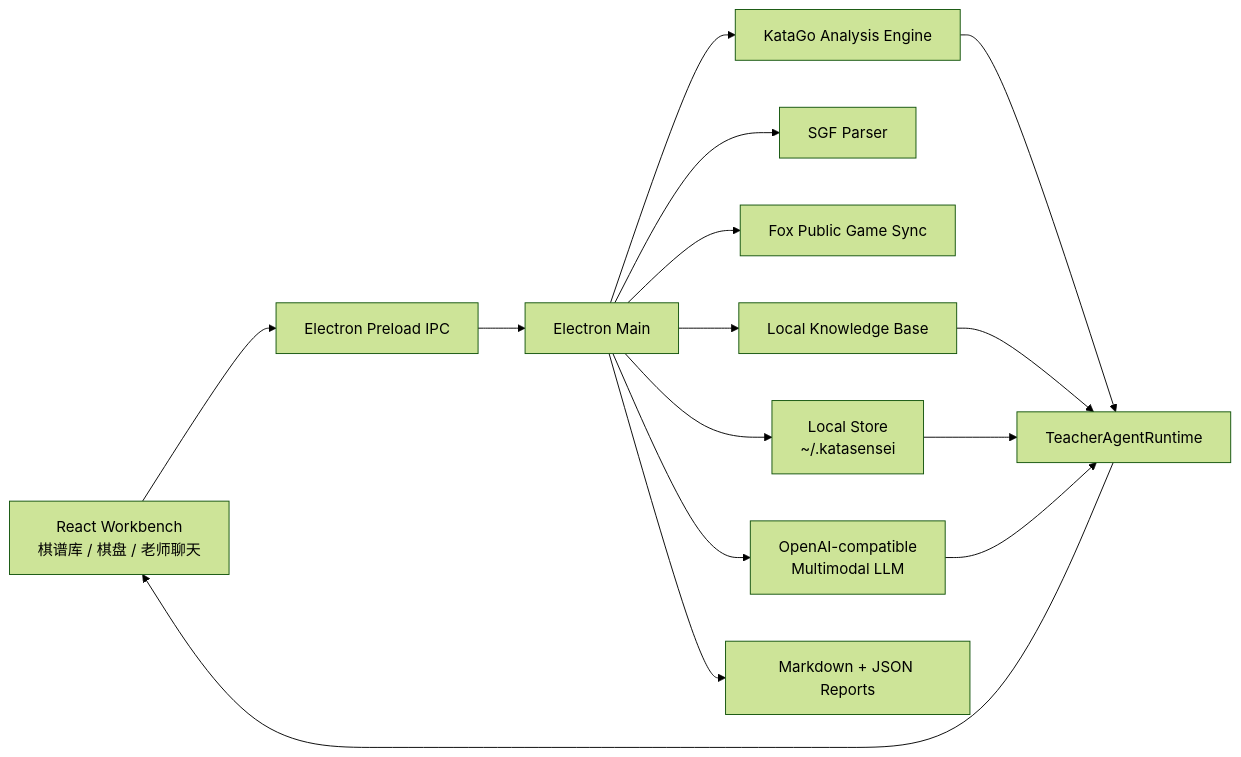
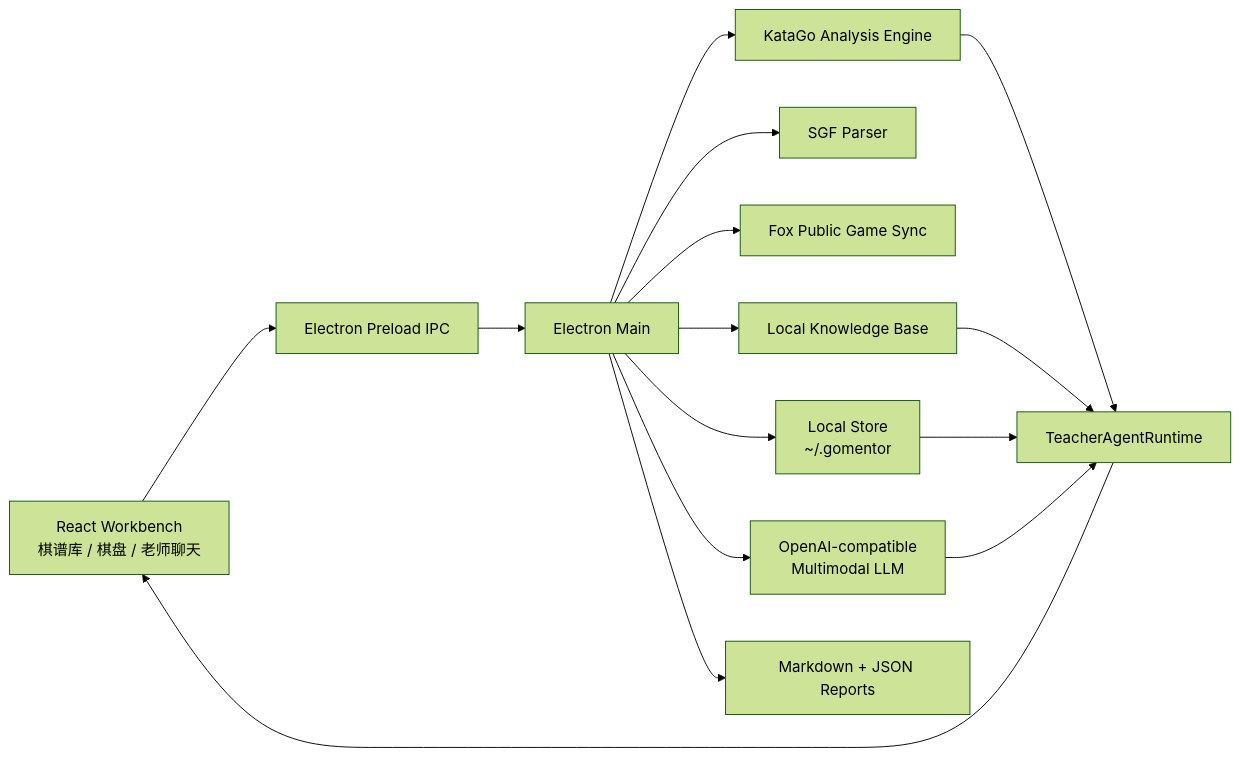
Before and after one commit to wimi321/katasensei: the diagram in README.md, drawn with Mermaid (forest theme). The commit also changed other lines of this file and 59 other files, not shown here.

````diff
--- a/README.md
+++ b/README.md
@@ -97,17 +97,17 @@
 ```mermaid
 flowchart LR
   UI["React Workbench\n棋谱库 / 棋盘 / 老师聊天"] --> IPC["Electron Preload IPC"]
   IPC --> Main["Electron Main"]
-  Main --> Store["Local Store\n~/.katasensei"]
+  Main --> Store["Local Store\n~/.gomentor"]
   Main --> SGF["SGF Parser"]
   Main --> Fox["Fox Public Game Sync"]
   Main --> KataGo["KataGo Analysis Engine"]
   Main --> KB["Local Knowledge Base"]
   Main --> LLM["OpenAI-compatible\nMultimodal LLM"]
   Main --> Reports["Markdown + JSON Reports"]
   KataGo --> Agent["TeacherAgentRuntime"]
   KB --> Agent
   Store --> Agent
   LLM --> Agent
   Agent --> UI
 ```
````
